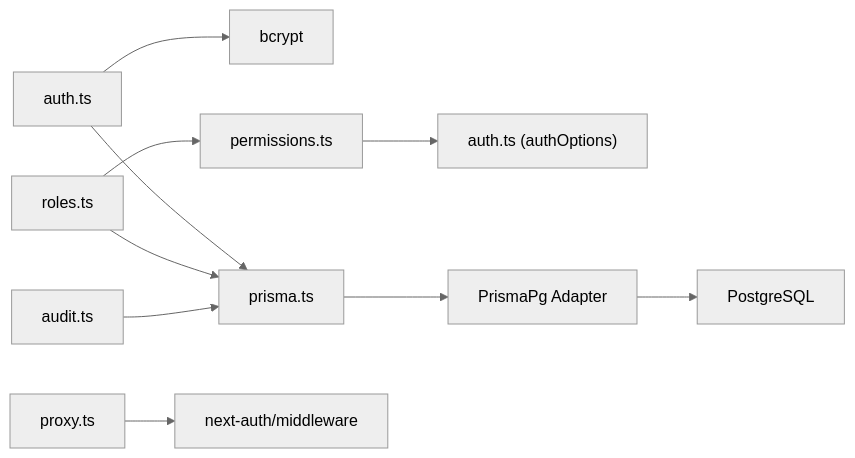
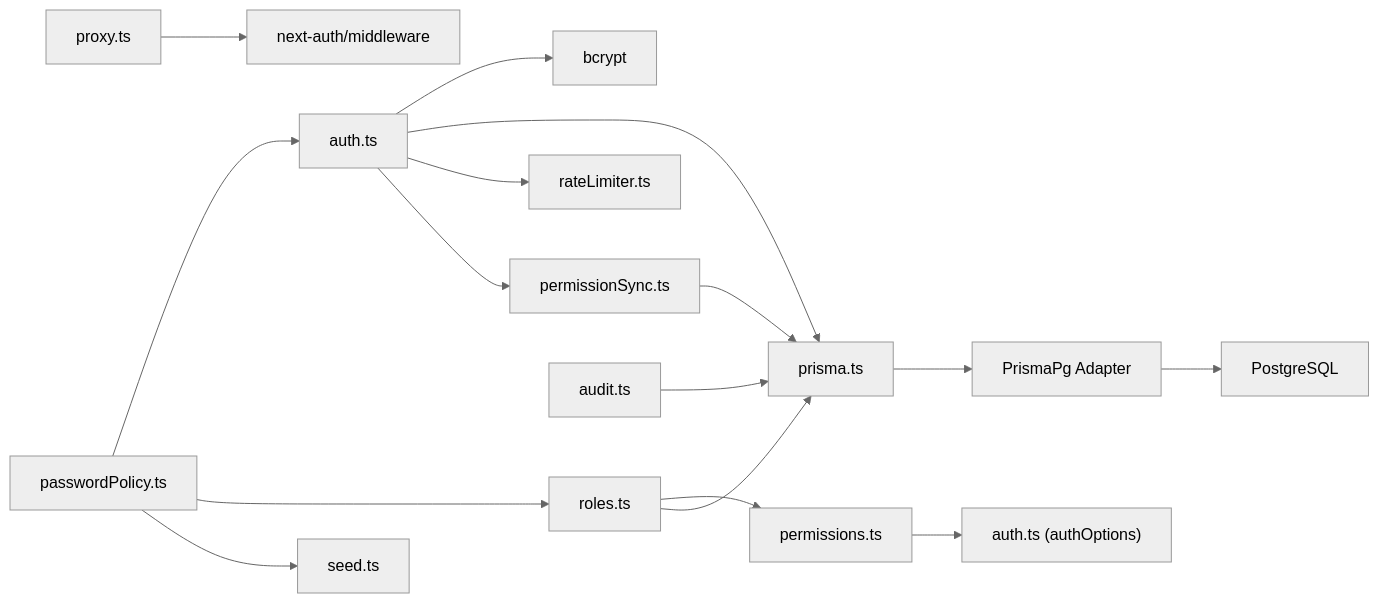
One commit to bazs69/ApsAsrama changed diagram 12 of 12 in .qoder/repowiki/en/content/System Architecture/Security Architecture & Access Control.md. Above: the diagram before and after it, drawn with Mermaid (neutral theme). The commit also changed other lines of this file and 293 other files, not shown here.

````diff
--- a/.qoder/repowiki/en/content/System Architecture/Security Architecture & Access Control.md
+++ b/.qoder/repowiki/en/content/System Architecture/Security Architecture & Access Control.md
@@ -371,12 +529,18 @@
 ```mermaid
 graph LR
 AUTH["auth.ts"] --> BC["bcrypt"]
 AUTH --> PRISMA_LIB["prisma.ts"]
+AUTH --> RATE_LIMIT["rateLimiter.ts"]
+AUTH --> PERM_SYNC["permissionSync.ts"]
 PERM["permissions.ts"] --> AUTH_OPTS["auth.ts (authOptions)"]
 PROXY["proxy.ts"] --> AUTH_MW["next-auth/middleware"]
 ROLES["roles.ts"] --> PERM
 ROLES --> PRISMA_LIB
 AUDIT["audit.ts"] --> PRISMA_LIB
+PW_POLICY["passwordPolicy.ts"] --> AUTH
+PW_POLICY --> ROLES
+PW_POLICY --> SEED["seed.ts"]
+PERM_SYNC --> PRISMA_LIB
 PRISMA_LIB --> PG["PrismaPg Adapter"]
 PG --> DB["PostgreSQL"]
 ```
````
